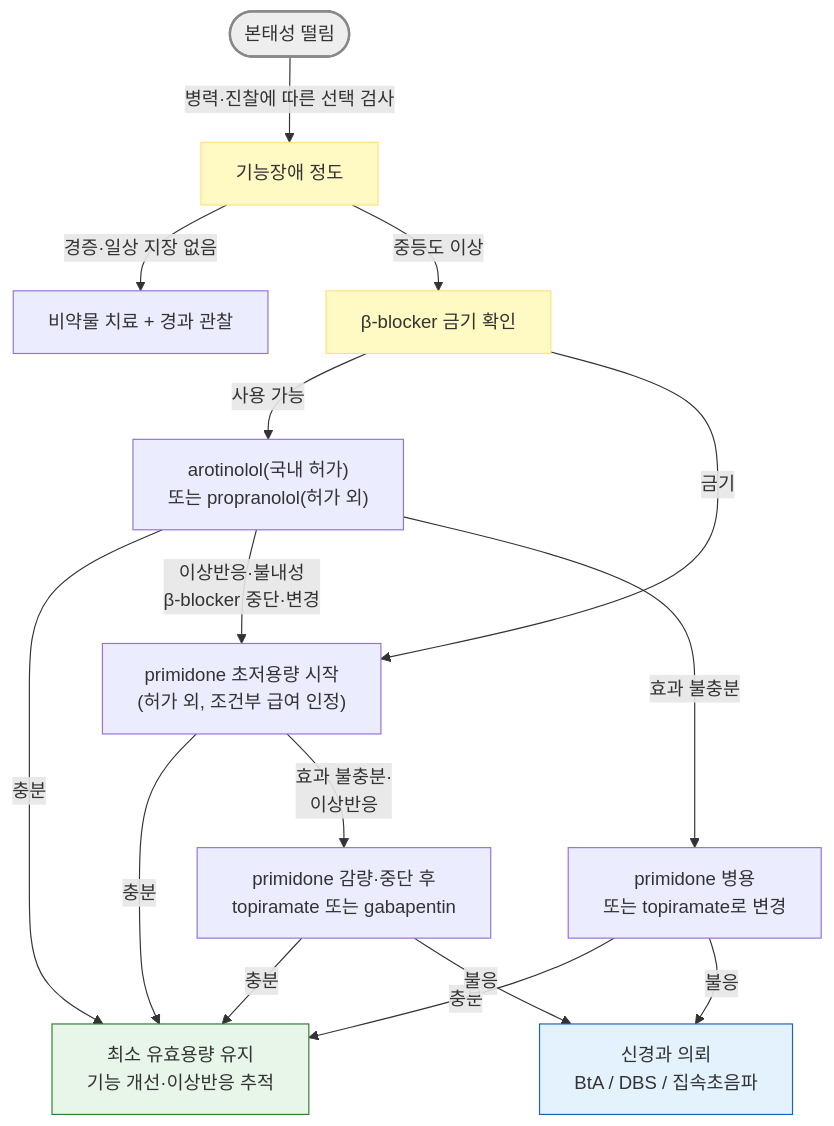
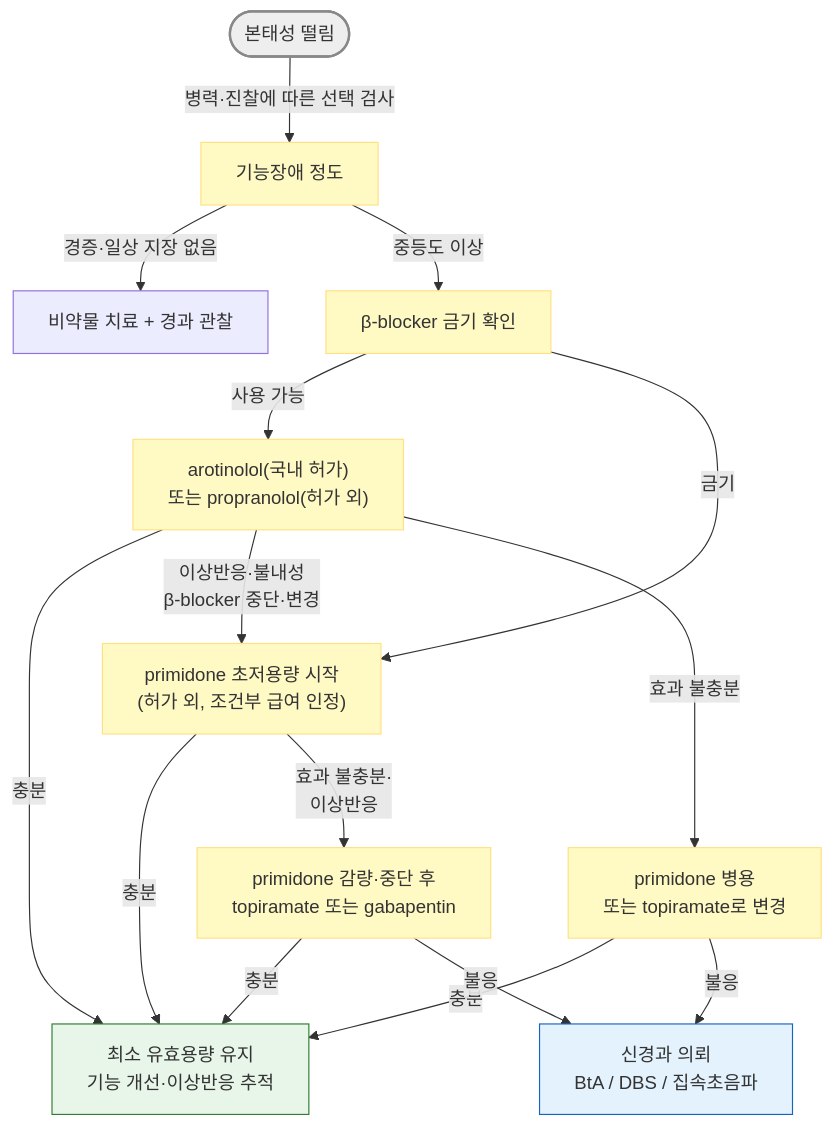
One commit to familyoh77/familyoh77 changed the second of 2 diagrams in 221_/034_-tremor.md. Above: the diagram before and after it, drawn with Mermaid. The commit also changed other lines of this file, not shown here.

````diff
--- a/221_/034_-tremor.md
+++ b/221_/034_-tremor.md
@@ -273,22 +273,23 @@
 ```mermaid
 flowchart TD
     J1(["본태성 떨림"]) -- "병력·진찰에 따른 선택 검사" --> P["기능장애 정도"]
     P -- "경증·일상 지장 없음" --> Q["비약물 치료 + 경과 관찰"]
     P -- "중등도 이상" --> R["β-blocker 금기 확인"]
     R -- "사용 가능" --> S["arotinolol(국내 허가)<br/>또는 propranolol(허가 외)"]
     R -- "금기" --> T["primidone 초저용량 시작<br/>(허가 외, 조건부 급여 인정)"]
     S -- "충분" --> W["최소 유효용량 유지<br/>기능 개선·이상반응 추적"]
     T -- "충분" --> W
     S -- "이상반응·불내성<br/>β-blocker 중단·변경" --> T
     S -- "효과 불충분" --> U["primidone 병용<br/>또는 topiramate로 변경"]
     T -- "효과 불충분·<br/>이상반응" --> X["primidone 감량·중단 후<br/>topiramate 또는 gabapentin"]
     U -- "충분" --> W
     X -- "충분" --> W
     U -- "불응" --> V["신경과 의뢰<br/>BtA / DBS / 집속초음파"]
     X -- "불응" --> V
     style J1 fill:#eeeeee,stroke:#888888,stroke-width:2px
-    style P fill:#fff9c4,stroke:#ffe082
-    style R fill:#fff9c4,stroke:#ffe082
     style W fill:#e8f5e9,stroke:#2e7d32
     style V fill:#e3f2fd,stroke:#1565c0
+
+classDef yellow fill:#fff9c4,stroke:#ffe082
+class P,R,S,T,U,X yellow
 ```
````
